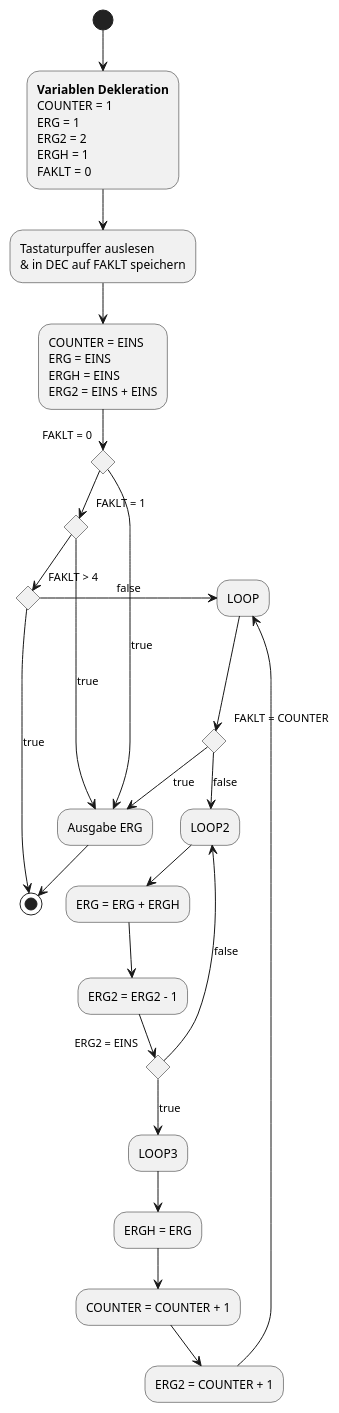
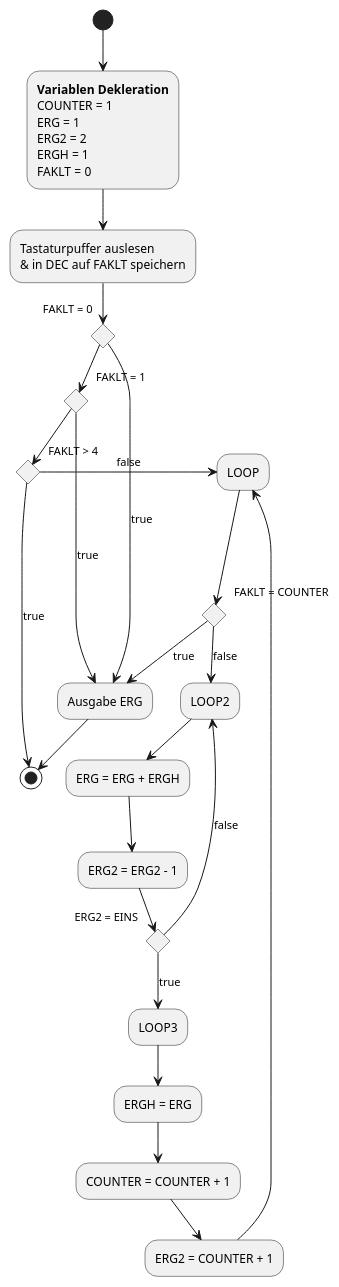
The diagram in Protokoll/Aktivitätsdiagramm.puml (duha887b/MRT1_Assambler), drawn with PlantUML before and after one commit.

```diff
--- a/Protokoll/Aktivitätsdiagramm.puml
+++ b/Protokoll/Aktivitätsdiagramm.puml
@@ -1,62 +1,57 @@
 @startuml
 'https://plantuml.com/activity-diagram-beta
 
 
 (*) --> "**Variablen Dekleration**
           COUNTER = 1
           ERG = 1
           ERG2 = 2
           ERGH = 1
           FAKLT = 0
           "
 
 -->"Tastaturpuffer auslesen
     & in DEC auf FAKLT speichern"
-
--->"COUNTER = EINS
-ERG = EINS
-ERGH = EINS
-ERG2 = EINS + EINS"
 
 if "FAKLT = 0" then
 --> [true]"Ausgabe ERG"
 -->(*)
 else
     if "FAKLT = 1" then
     -> [true]"Ausgabe ERG"
     else
         if "FAKLT > 4" then
         -->[true](*)
         else
         ->[false]"LOOP"
         Endif
         Endif
         Endif
 
 --->if "FAKLT = COUNTER" then
     -->[true]"Ausgabe ERG"
     else
     -->[false]"LOOP2"
     Endif
 
 -->"ERG = ERG + ERGH"
 -->"ERG2 = ERG2 - 1"
 
 if "ERG2 = EINS" then
     -->[true]"LOOP3"
     -->"ERGH = ERG"
     -->"COUNTER = COUNTER + 1"
     -->"ERG2 = COUNTER + 1"
     -->"LOOP"
     else
     -->[false]"LOOP2"
     Endif
 
 
 
 
 
 
 
 
 @enduml
```
